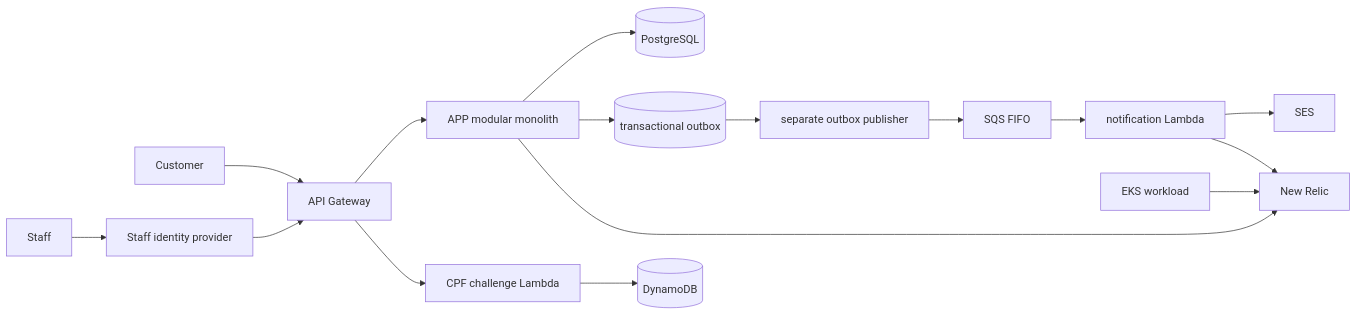
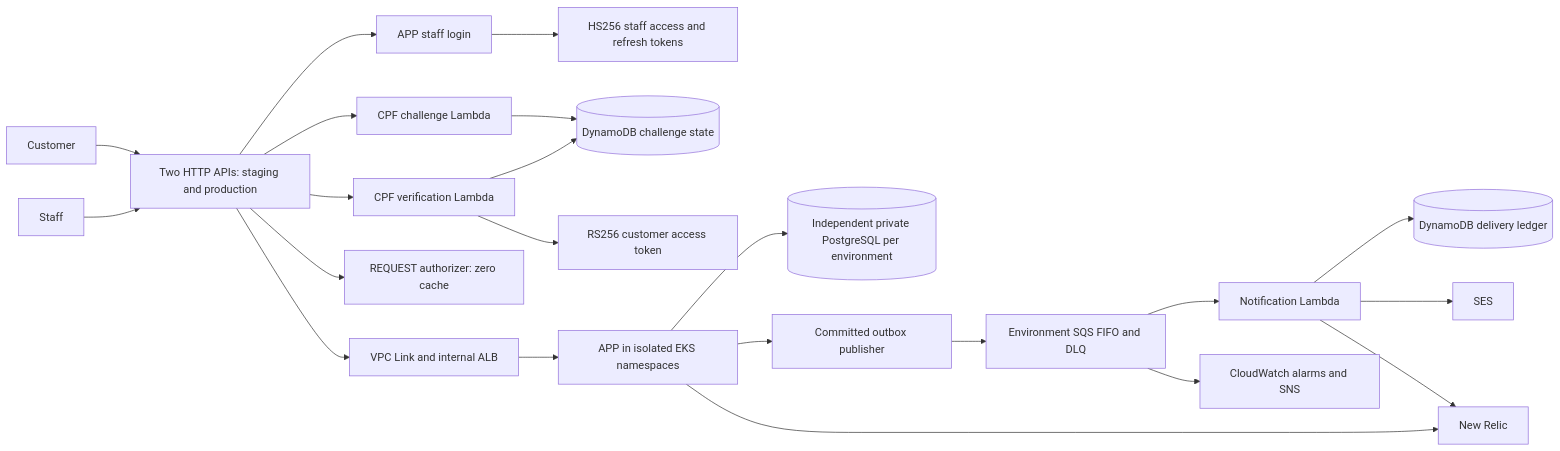
Before and after one commit to rafaelxvr/Tech-challenge-15SOAT: the diagram in docs/phase-3/architecture/components.md, drawn with Mermaid. The commit also changed other lines of this file and 9 other files, not shown here.

Commit message:
docs: align architecture evidence and staged acceptance gaps

````diff
--- a/docs/phase-3/architecture/components.md
+++ b/docs/phase-3/architecture/components.md
@@ -3,17 +3,24 @@
 ```mermaid
 flowchart LR
-Customer --> Gateway[API Gateway]
-Staff --> StaffAuth[Staff identity provider]
-StaffAuth --> Gateway
-Gateway --> App[APP modular monolith]
-Gateway --> Auth[CPF challenge Lambda]
-App --> RDS[(PostgreSQL)]
-App --> Outbox[(transactional outbox)]
-Outbox --> Publisher[separate outbox publisher]
-Publisher --> SQS[SQS FIFO]
-SQS --> Notify[notification Lambda] --> SES
-Auth --> Dynamo[(DynamoDB)]
-App --> NR[New Relic]
-Notify --> NR
-EKS[EKS workload] --> NR
+  Customer --> APIs[Two HTTP APIs: staging and production]
+  Staff --> APIs
+  APIs --> Login[APP staff login]
+  APIs --> Challenge[CPF challenge Lambda]
+  APIs --> Verify[CPF verification Lambda]
+  APIs --> Authorizer[REQUEST authorizer: zero cache]
+  APIs --> Link[VPC Link and internal ALB]
+  Link --> APP[APP in isolated EKS namespaces]
+  APP --> RDS[(Independent private PostgreSQL per environment)]
+  Challenge --> Challenges[(DynamoDB challenge state)]
+  Verify --> Challenges
+  Verify --> CustomerJWT[RS256 customer access token]
+  Login --> StaffJWT[HS256 staff access and refresh tokens]
+  APP --> Publisher[Committed outbox publisher]
+  Publisher --> FIFO[Environment SQS FIFO and DLQ]
+  FIFO --> Notify[Notification Lambda]
+  Notify --> Ledger[(DynamoDB delivery ledger)]
+  Notify --> SES
+  APP --> NR[New Relic]
+  Notify --> NR
+  FIFO --> CW[CloudWatch alarms and SNS]
 ```
````
